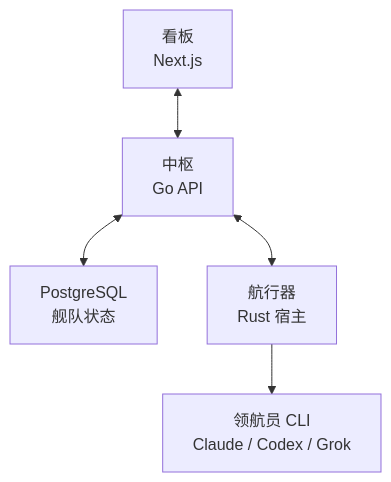
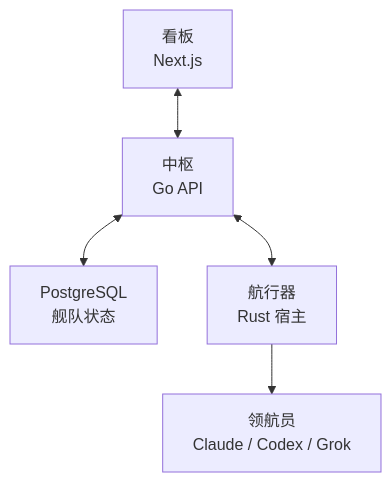
The second of 2 diagrams in README.zh-CN.md (CrazyForks/ufo), drawn with Mermaid before and after one commit. The commit also changed other lines of this file and 28 other files, not shown here.

````diff
--- a/README.zh-CN.md
+++ b/README.zh-CN.md
@@ -171,7 +154,7 @@
 ```mermaid
 flowchart TD
     web["看板<br/>Next.js"] <--> api["中枢<br/>Go API"]
     api <--> db["PostgreSQL<br/>舰队状态"]
     api <--> rover["航行器<br/>Rust 宿主"]
-    rover --> pilot["领航员 CLI<br/>Claude / Codex / Grok"]
+    rover --> pilot["领航员<br/>Claude / Codex / Grok"]
 ```
````
